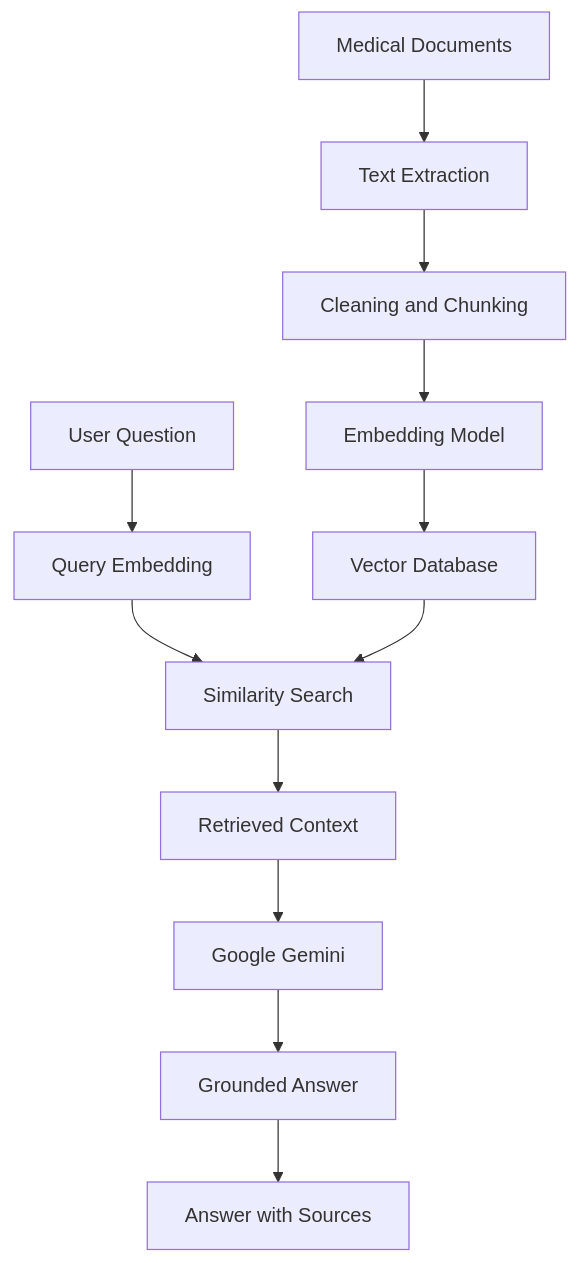
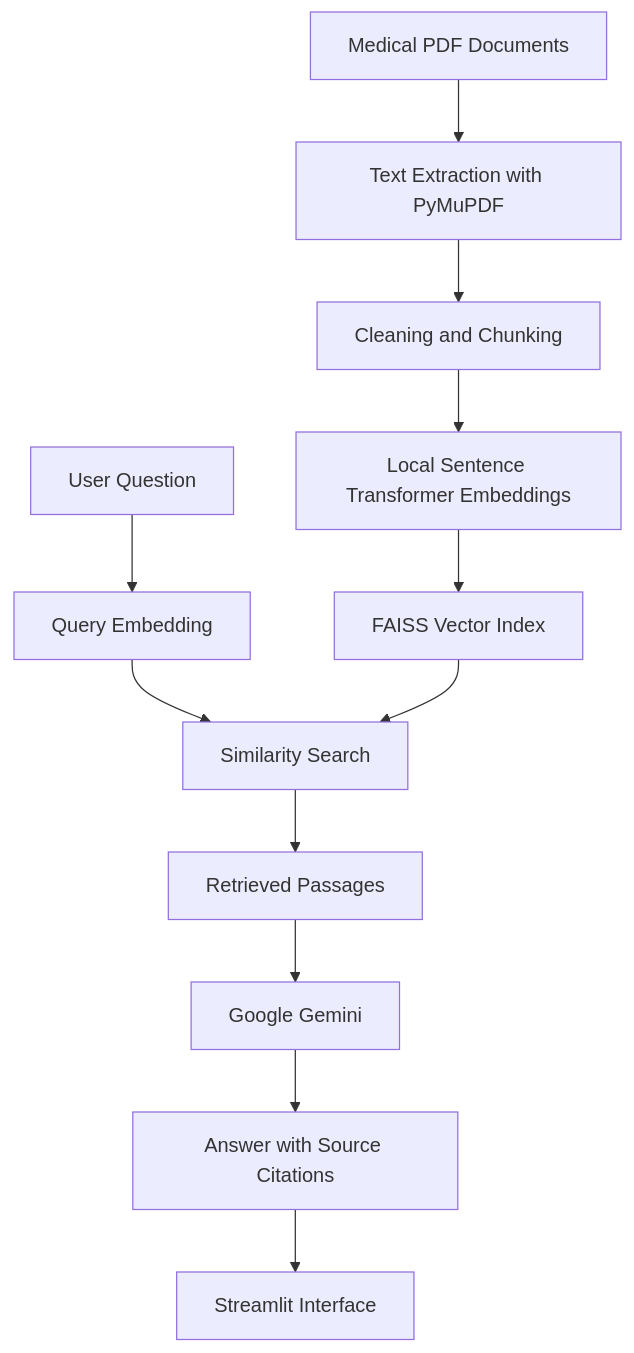
One commit to 0plaze0/Medical_RAG_Assistant changed the diagram in README.md. Above: the diagram before and after it, drawn with Mermaid. The commit also changed other lines of this file, not shown here.

````diff
--- a/README.md
+++ b/README.md
@@ -85,16 +93,16 @@
 ```mermaid
 flowchart TD
-    A[Medical Documents] --> B[Text Extraction]
+    A[Medical PDF Documents] --> B[Text Extraction with PyMuPDF]
     B --> C[Cleaning and Chunking]
-    C --> D[Embedding Model]
-    D --> E[Vector Database]
+    C --> D[Local Sentence Transformer Embeddings]
+    D --> E[FAISS Vector Index]
 
     F[User Question] --> G[Query Embedding]
     G --> H[Similarity Search]
     E --> H
 
-    H --> I[Retrieved Context]
+    H --> I[Retrieved Passages]
     I --> J[Google Gemini]
-    J --> K[Grounded Answer]
-    K --> L[Answer with Sources]
+    J --> K[Answer with Source Citations]
+    K --> L[Streamlit Interface]
 ```
````
